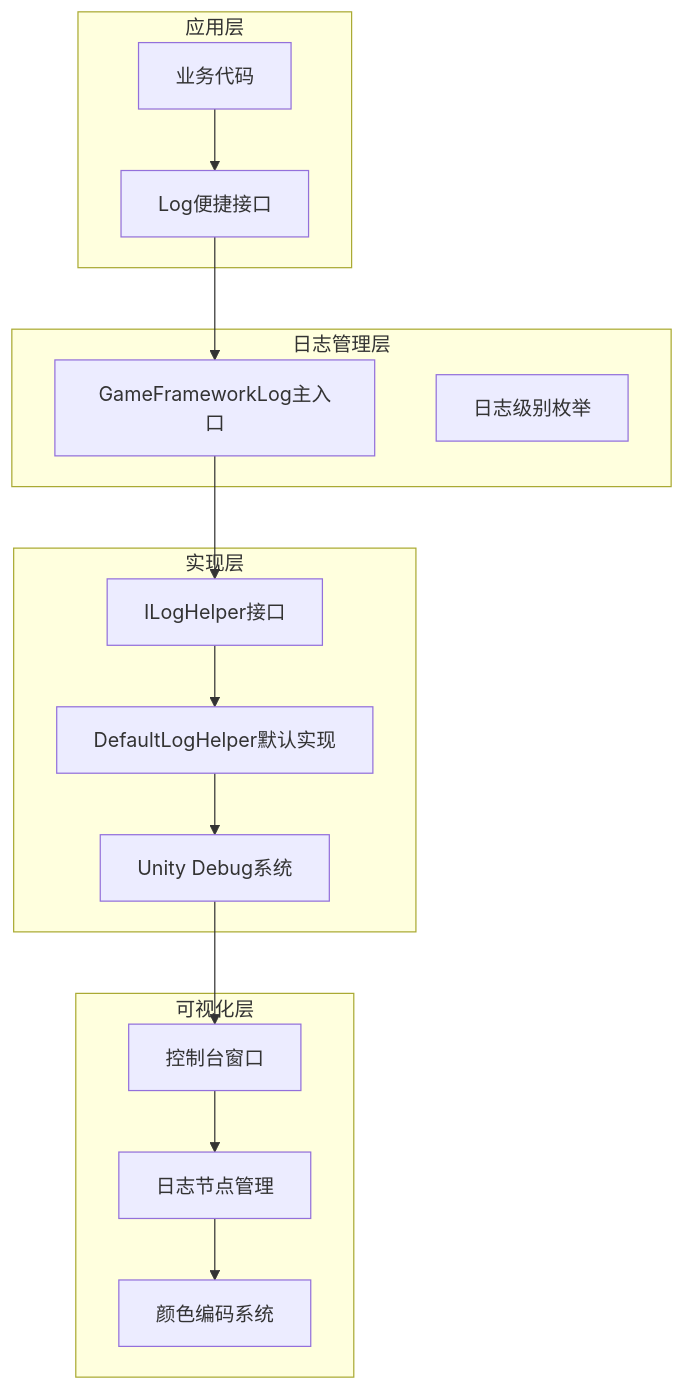
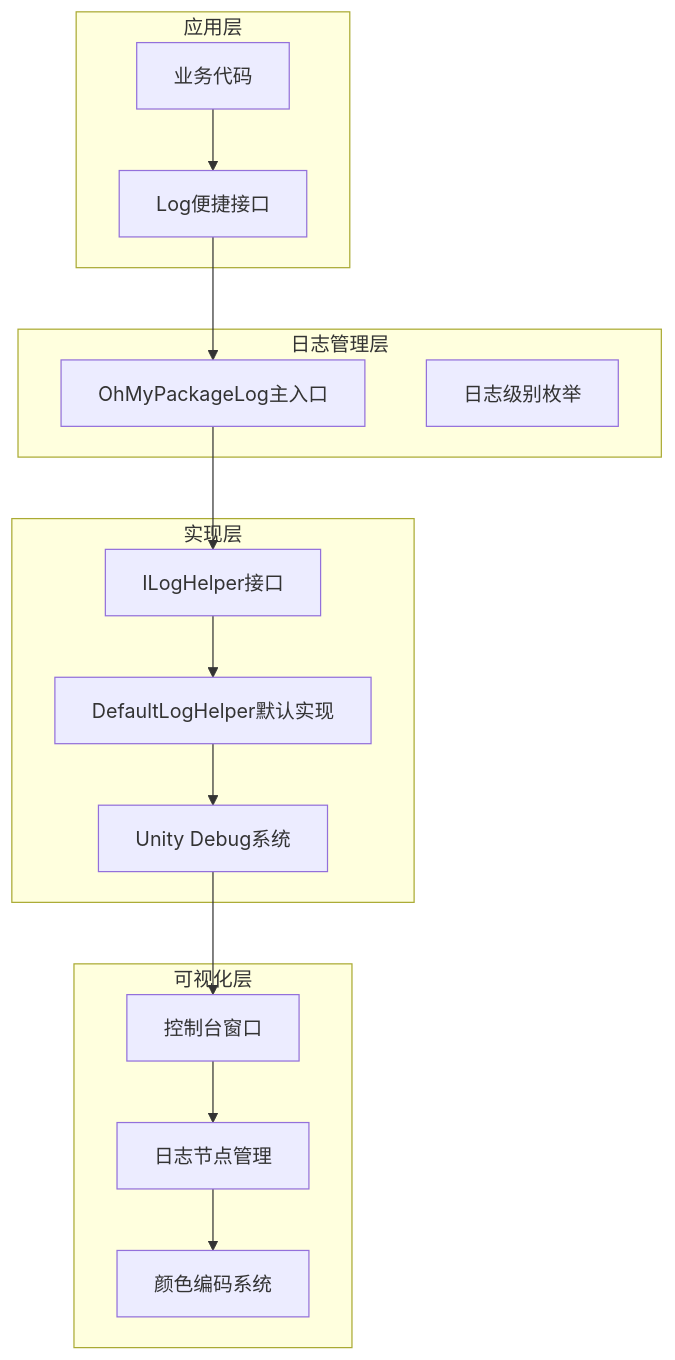
One commit to OxygenIsland/MyGame changed the third of 8 diagrams in repowiki/zh/content/性能优化/调试器工具/控制台日志系统.md. Above: the diagram before and after it, drawn with Mermaid. The commit also changed other lines of this file and 34 other files, not shown here.

````diff
--- a/repowiki/zh/content/性能优化/调试器工具/控制台日志系统.md
+++ b/repowiki/zh/content/性能优化/调试器工具/控制台日志系统.md
@@ -121,29 +121,29 @@
 ```mermaid
 graph TD
 subgraph "应用层"
 A[业务代码]
 B[Log便捷接口]
 end
 subgraph "日志管理层"
-C[GameFrameworkLog主入口]
+C[OhMyPackageLog主入口]
 D[日志级别枚举]
 end
 subgraph "实现层"
 E[ILogHelper接口]
 F[DefaultLogHelper默认实现]
 G[Unity Debug系统]
 end
 subgraph "可视化层"
 H[控制台窗口]
 I[日志节点管理]
 J[颜色编码系统]
 end
 A --> B
 B --> C
 C --> E
 E --> F
 F --> G
 G --> H
 H --> I
 I --> J
 ```
````
